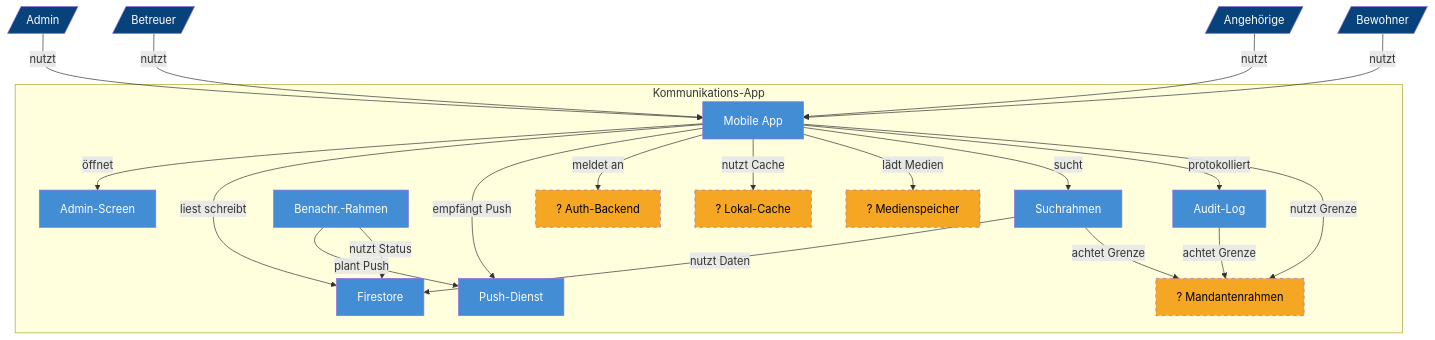
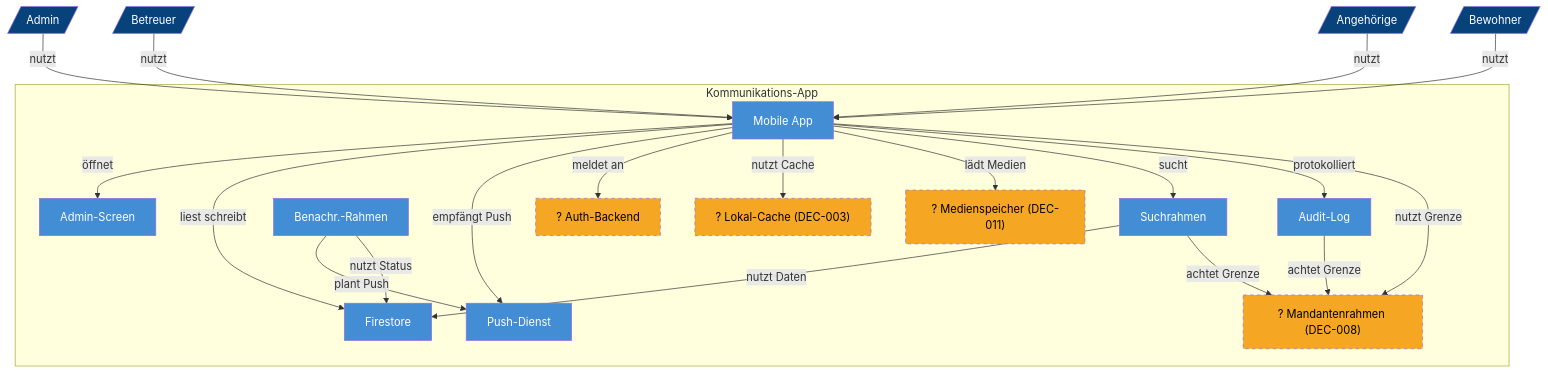
Before and after one commit to armiino/Agentic-GitHub-refactor: the second of 2 diagrams in docs/c4.md, drawn with Mermaid. The commit also changed other lines of this file, not shown here.

````diff
--- a/docs/c4.md
+++ b/docs/c4.md
@@ -43,51 +47,51 @@
 ```mermaid
 flowchart TB
   admin[/"Admin"/]
   user[/"Betreuer"/]
   relative[/"Angehörige"/]
   resident[/"Bewohner"/]
 
   subgraph app["Kommunikations-App"]
     mobileApp["Mobile App"]
     adminScreen["Admin-Screen"]
     auditLog["Audit-Log"]
     serverNotification["Benachr.-Rahmen"]
     searchFrame["Suchrahmen"]
     firestore["Firestore"]
     pushService["Push-Dienst"]
     q1["? Auth-Backend"]
-    q3["? Medienspeicher"]
-    q4["? Lokal-Cache"]
-    q5["? Mandantenrahmen"]
+    q3["? Medienspeicher (DEC-011)"]
+    q4["? Lokal-Cache (DEC-003)"]
+    q5["? Mandantenrahmen (DEC-008)"]
   end
 
   admin -->|nutzt| mobileApp
   user -->|nutzt| mobileApp
   relative -->|nutzt| mobileApp
   resident -->|nutzt| mobileApp
 
   mobileApp -->|öffnet| adminScreen
   mobileApp -->|liest schreibt| firestore
   mobileApp -->|empfängt Push| pushService
   mobileApp -->|meldet an| q1
   mobileApp -->|nutzt Cache| q4
   mobileApp -->|lädt Medien| q3
   mobileApp -->|sucht| searchFrame
   mobileApp -->|protokolliert| auditLog
   mobileApp -->|nutzt Grenze| q5
 
   searchFrame -->|nutzt Daten| firestore
   searchFrame -->|achtet Grenze| q5
   serverNotification -->|plant Push| pushService
   serverNotification -->|nutzt Status| firestore
   auditLog -->|achtet Grenze| q5
 
   classDef person fill:#08427b,color:#fff
   classDef container fill:#438dd5,color:#fff
   classDef ext fill:#999,color:#fff
   classDef gap fill:#f5a623,color:#000,stroke-dasharray: 5 5
 
   class admin,user,relative,resident person
   class mobileApp,adminScreen,auditLog,serverNotification,searchFrame,firestore,pushService container
   class q1,q3,q4,q5 gap
 ```
````
